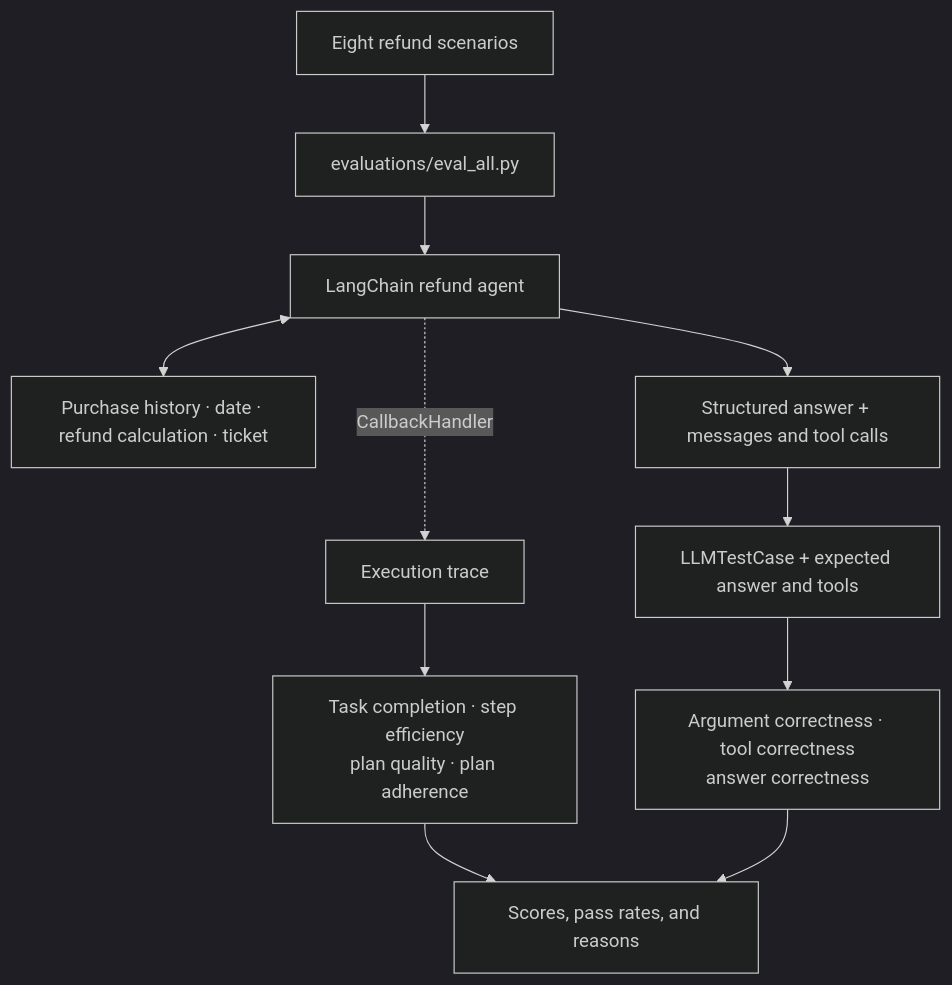
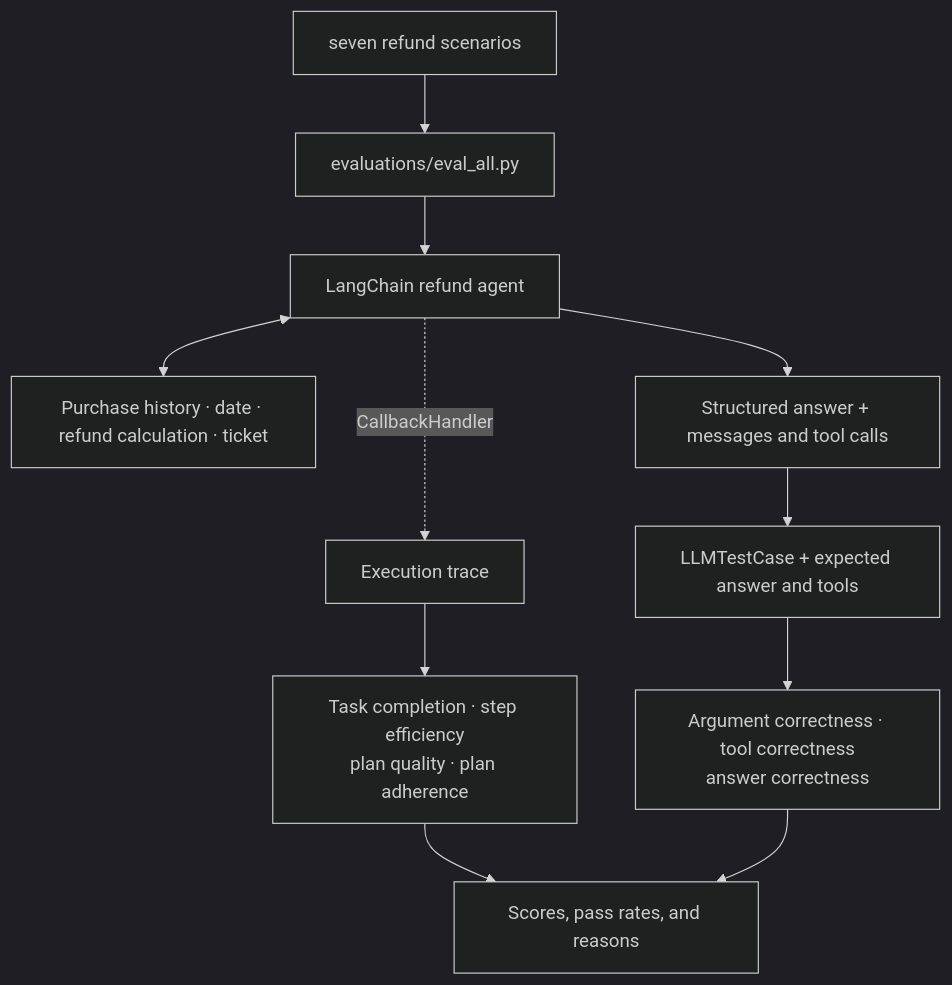
The diagram in README.md (RuturajKotwal/agent-evaluation-system), drawn with Mermaid (dark theme) before and after one commit. The commit also changed other lines of this file, not shown here.

````diff
--- a/README.md
+++ b/README.md
@@ -45,13 +44,13 @@
 ```mermaid
 flowchart TD
-    Dataset["Eight refund scenarios"] --> Runner["evaluations/eval_all.py"]
+    Dataset["seven refund scenarios"] --> Runner["evaluations/eval_all.py"]
     Runner --> Agent["LangChain refund agent"]
     Agent <--> Tools["Purchase history · date · refund calculation · ticket"]
     Agent --> Response["Structured answer + messages and tool calls"]
     Agent -. "CallbackHandler" .-> Trace["Execution trace"]
     Trace --> TraceMetrics["Task completion · step efficiency<br/>plan quality · plan adherence"]
     Response --> TestCase["LLMTestCase + expected answer and tools"]
     TestCase --> OutputMetrics["Argument correctness · tool correctness<br/>answer correctness"]
     TraceMetrics --> Report["Scores, pass rates, and reasons"]
     OutputMetrics --> Report
 ```
````
